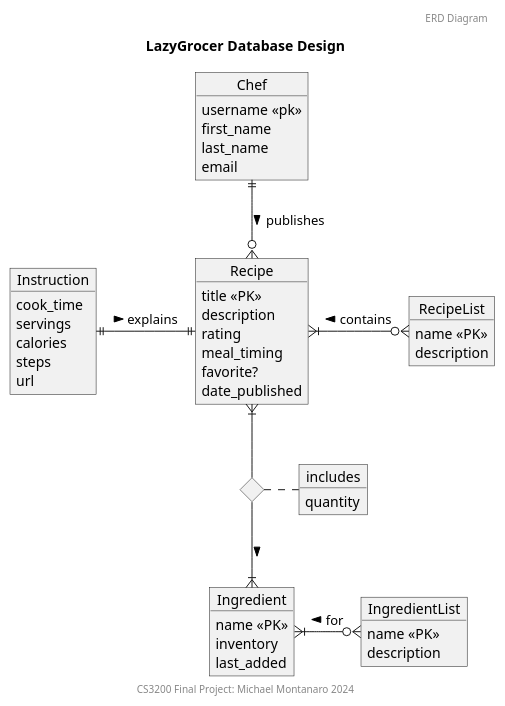
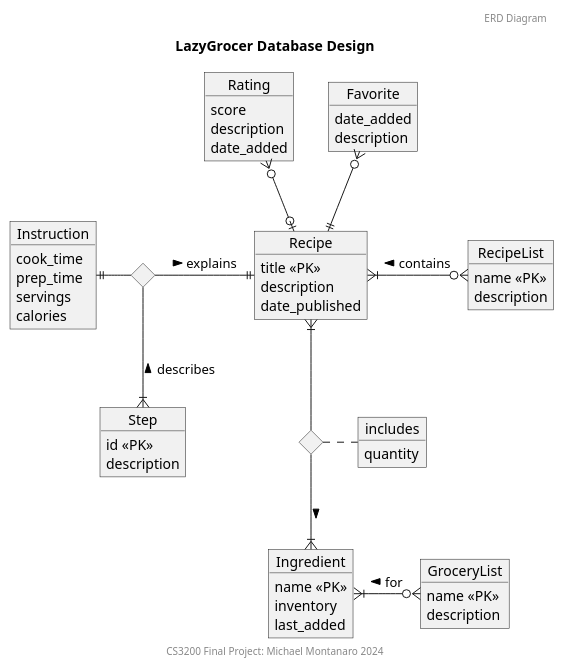
The diagram in docs/plantuml/erd.wsd (montymi/LazyGrocer), drawn with PlantUML before and after one commit. The commit also changed 61 other files, not shown here.

```diff
--- a/docs/plantuml/erd.wsd
+++ b/docs/plantuml/erd.wsd
@@ -1,60 +1,69 @@
 @startuml LazyGrozerERDdiagram
 
 header ERD Diagram
 title LazyGrocer Database Design
 footer CS3200 Final Project: Michael Montanaro 2024
 
 object Recipe {
     title <<PK>> 
     description
-    rating
-    meal_timing
-    favorite?
     date_published
+}
+
+object Rating {
+    score 
+    description
+    date_added
+}
+
+object Favorite {
+    date_added
+    description
 }
 
 object RecipeList {
     name <<PK>>
     description
 }
 
 object Instruction {
     cook_time
+    prep_time
     servings
     calories
-    steps
-    url
+}
+
+object Step {
+    id <<PK>>
+    description
 }
 
 object Ingredient {
     name <<PK>>
     inventory
     last_added
 }
 
-object IngredientList {
+object GroceryList {
     name <<PK>>
     description
-}
-
-object Chef {
-    username <<pk>>
-    first_name
-    last_name
-    email
 }
 
 object includes {
     quantity
 }
 diamond DIncludes
+diamond stepdiamond
 
+Rating }o--o| Recipe 
+Favorite }o--|| Recipe 
 Recipe }|-- DIncludes
 DIncludes --|{ Ingredient: >
 DIncludes . includes
 Recipe }|-o{ RecipeList: contains <
-Ingredient }|-o{ IngredientList: for <
-Chef ||--o{ Recipe: publishes >
-Instruction ||-|| Recipe: explains >
+Ingredient }|-o{ GroceryList: for <
+Instruction ||- stepdiamond
+stepdiamond -|| Recipe: explains >
+stepdiamond --|{ Step: describes <
 
 @enduml
```
